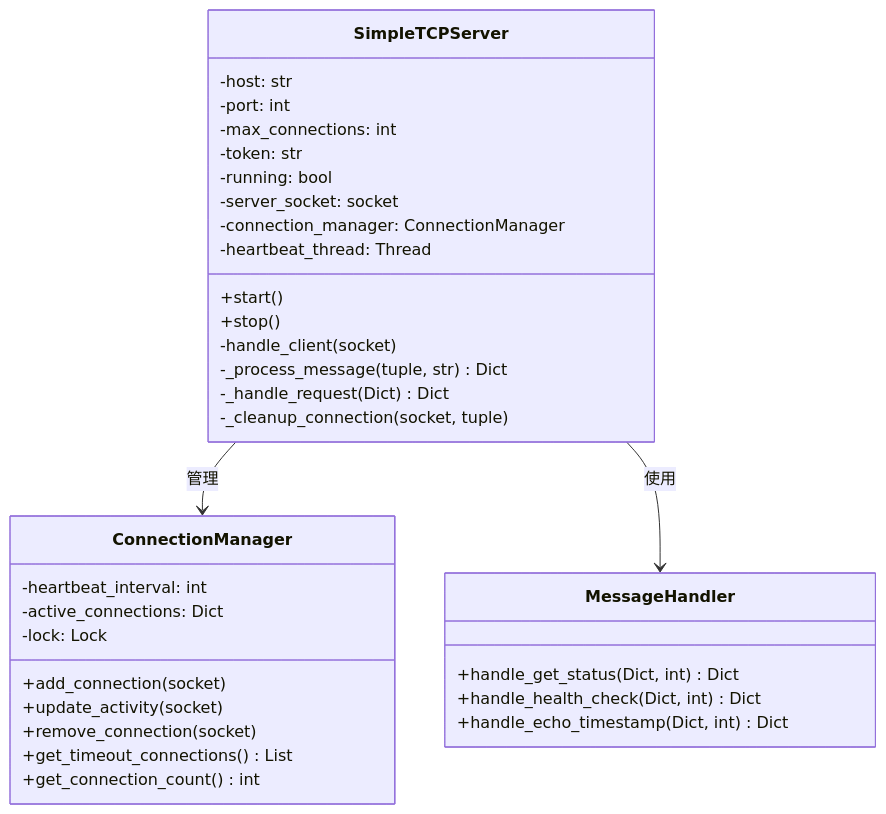
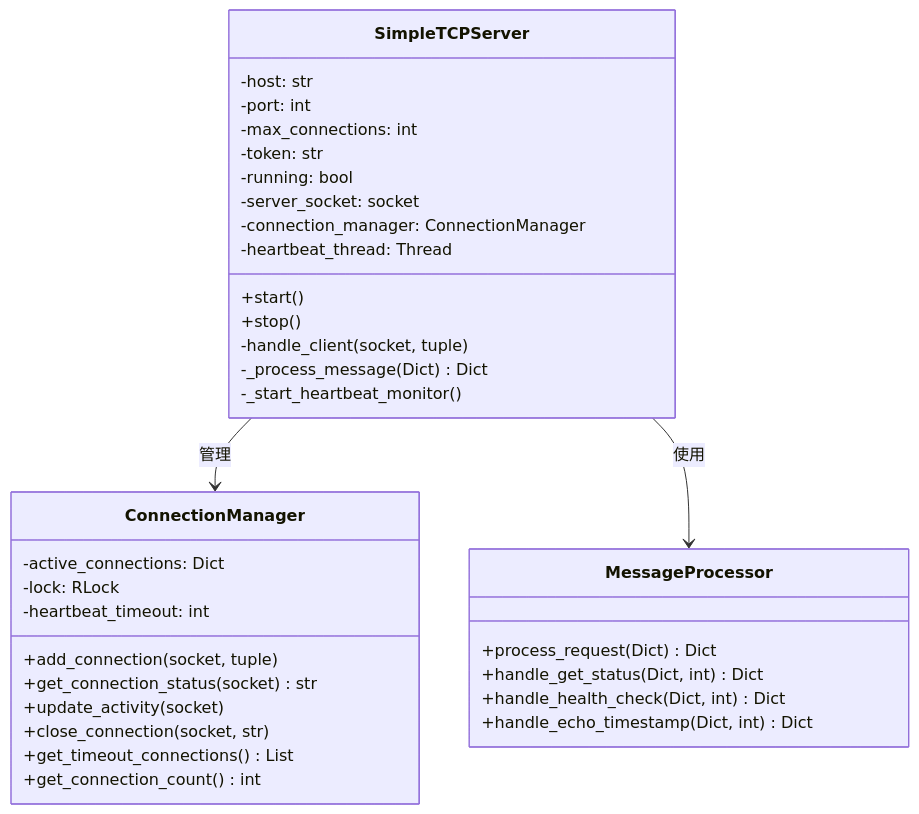
Before and after one commit to ProgrammerChengPei/pytest-learn-multi-test-categories: the second of 6 diagrams in docs/架构设计.md, drawn with Mermaid. The commit also changed other lines of this file and 3 other files, not shown here.

````diff
--- a/docs/架构设计.md
+++ b/docs/架构设计.md
@@ -36,39 +39,40 @@
 ```mermaid
 classDiagram
     class SimpleTCPServer {
         -host: str
         -port: int
         -max_connections: int
         -token: str
         -running: bool
         -server_socket: socket
         -connection_manager: ConnectionManager
         -heartbeat_thread: Thread
         +start()
         +stop()
-        -handle_client(socket)
-        -_process_message(tuple, str) Dict
-        -_handle_request(Dict) Dict
-        -_cleanup_connection(socket, tuple)
+        -handle_client(socket, tuple)
+        -_process_message(Dict) Dict
+        -_start_heartbeat_monitor()
     }
     
     class ConnectionManager {
-        -heartbeat_interval: int
         -active_connections: Dict
-        -lock: Lock
-        +add_connection(socket)
+        -lock: RLock
+        -heartbeat_timeout: int
+        +add_connection(socket, tuple)
+        +get_connection_status(socket) str
         +update_activity(socket)
-        +remove_connection(socket)
+        +close_connection(socket, str)
         +get_timeout_connections() List
         +get_connection_count() int
     }
     
-    class MessageHandler {
+    class MessageProcessor {
+        +process_request(Dict) Dict
         +handle_get_status(Dict, int) Dict
         +handle_health_check(Dict, int) Dict
         +handle_echo_timestamp(Dict, int) Dict
     }
     
     SimpleTCPServer --> ConnectionManager : 管理
-    SimpleTCPServer --> MessageHandler : 使用
+    SimpleTCPServer --> MessageProcessor : 使用
 ```
````
